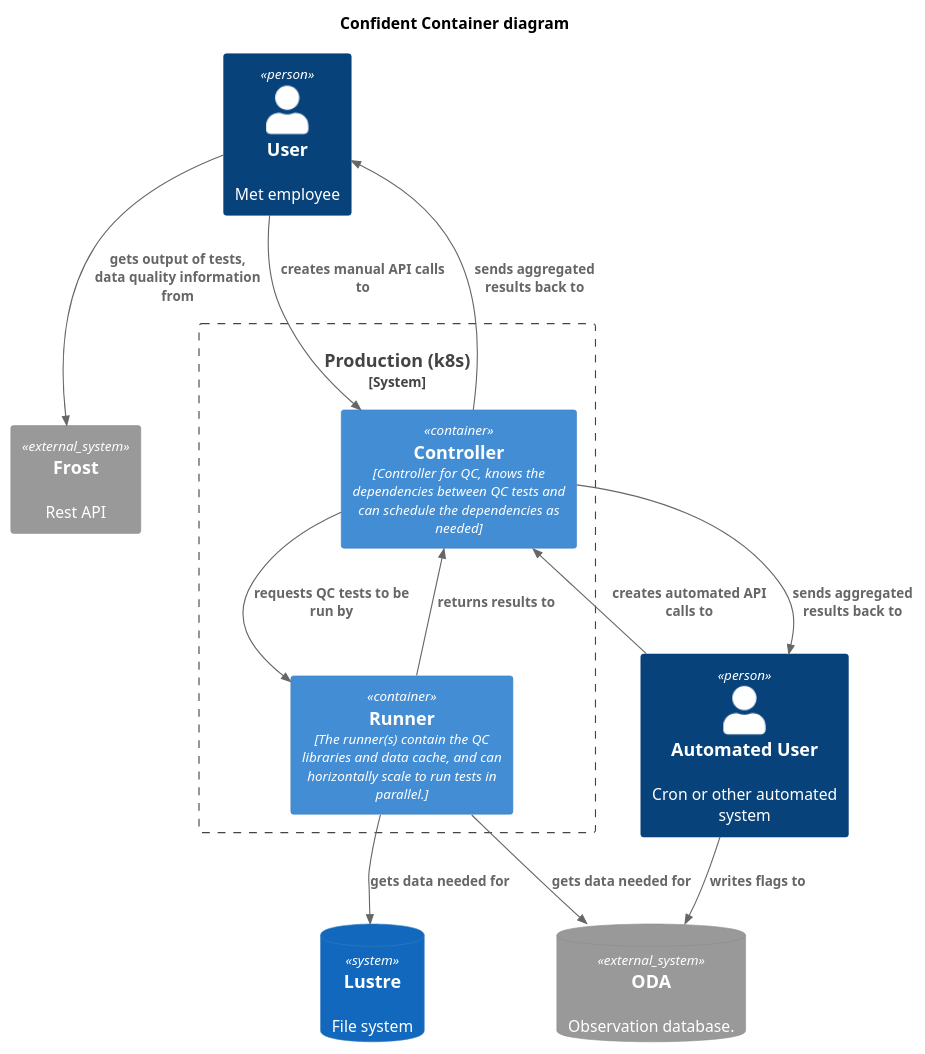
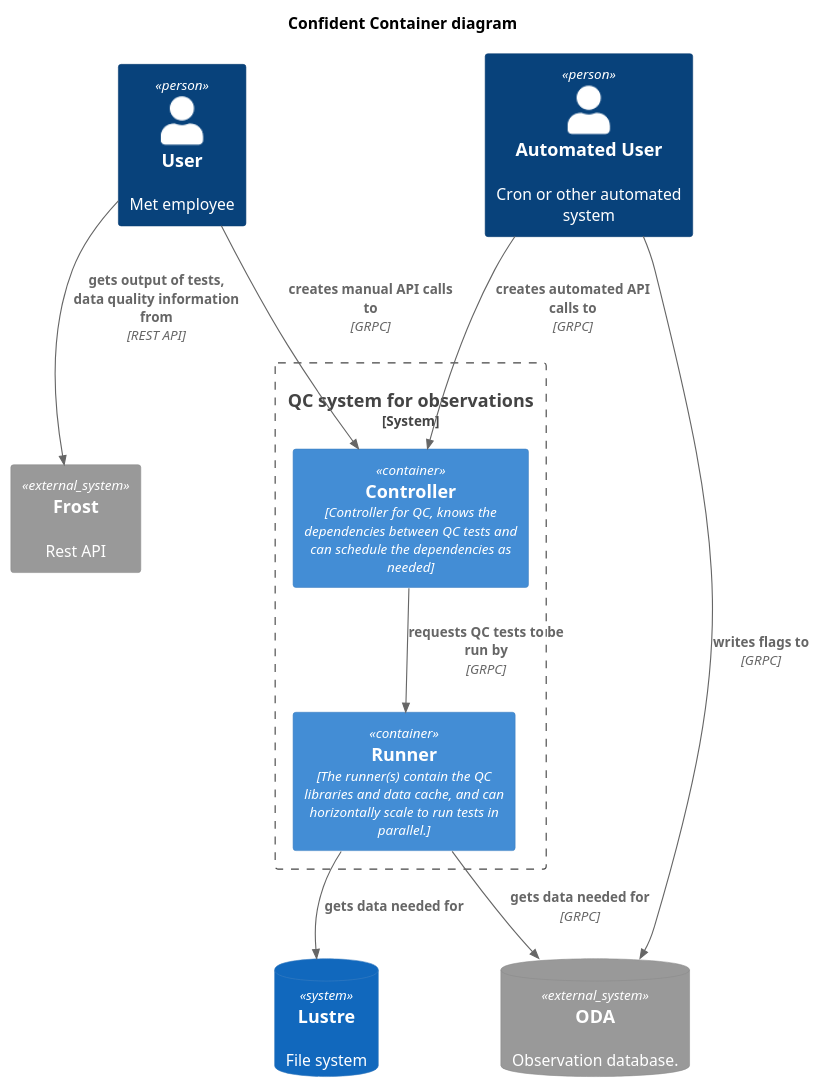
Before and after one commit to metno/rove: the diagram in docs/C4_container.puml, drawn with PlantUML. The commit also changed 3 other files, not shown here.

Commit message:
simplify c4 diagrams

```diff
--- a/docs/C4_container.puml
+++ b/docs/C4_container.puml
@@ -1,33 +1,30 @@
 @startuml Confident_Container
 !include https://raw.githubusercontent.com/plantuml-stdlib/C4-PlantUML/master/C4_Container.puml
 
 LAYOUT_TOP_DOWN()
 
 title
   Confident Container diagram
 end title 
 
 Person(user, "User", "Met employee")
 Person(automated_user, "Automated User", "Cron or other automated system")
 
 System_Ext(frost, "Frost", "Rest API")
 SystemDb_Ext(oda, "ODA", "Observation database.")
 SystemDb(lustre, "Lustre", "File system")
 
-System_Boundary(K8s, "Production (k8s)") {
+System_Boundary(Confident, "QC system for observations") {
   Container(controller, "Controller", "Controller for QC, knows the dependencies between QC tests and can schedule the dependencies as needed")
   Container(runner, "Runner", "The runner(s) contain the QC libraries and data cache, and can horizontally scale to run tests in parallel.")
 }
 
-Rel(controller, runner, "requests QC tests to be run by")
-Rel(runner, controller, "returns results to")
-Rel(controller, automated_user, "sends aggregated results back to")
-Rel(controller, user, "sends aggregated results back to")
-Rel(automated_user, oda, "writes flags to")
+Rel(controller, runner, "requests QC tests to be run by", "GRPC")
+Rel(automated_user, oda, "writes flags to", "GRPC")
 
-Rel(user, controller, "creates manual API calls to")
-Rel(automated_user, controller, "creates automated API calls to")
-Rel(runner, oda, "gets data needed for")
+Rel(user, controller, "creates manual API calls to", "GRPC")
+Rel(automated_user, controller, "creates automated API calls to", "GRPC")
+Rel(runner, oda, "gets data needed for", "GRPC")
 Rel(runner, lustre, "gets data needed for")
-Rel(user, frost, "gets output of tests, data quality information from")
+Rel(user, frost, "gets output of tests, data quality information from", "REST API")
 @enduml
```
